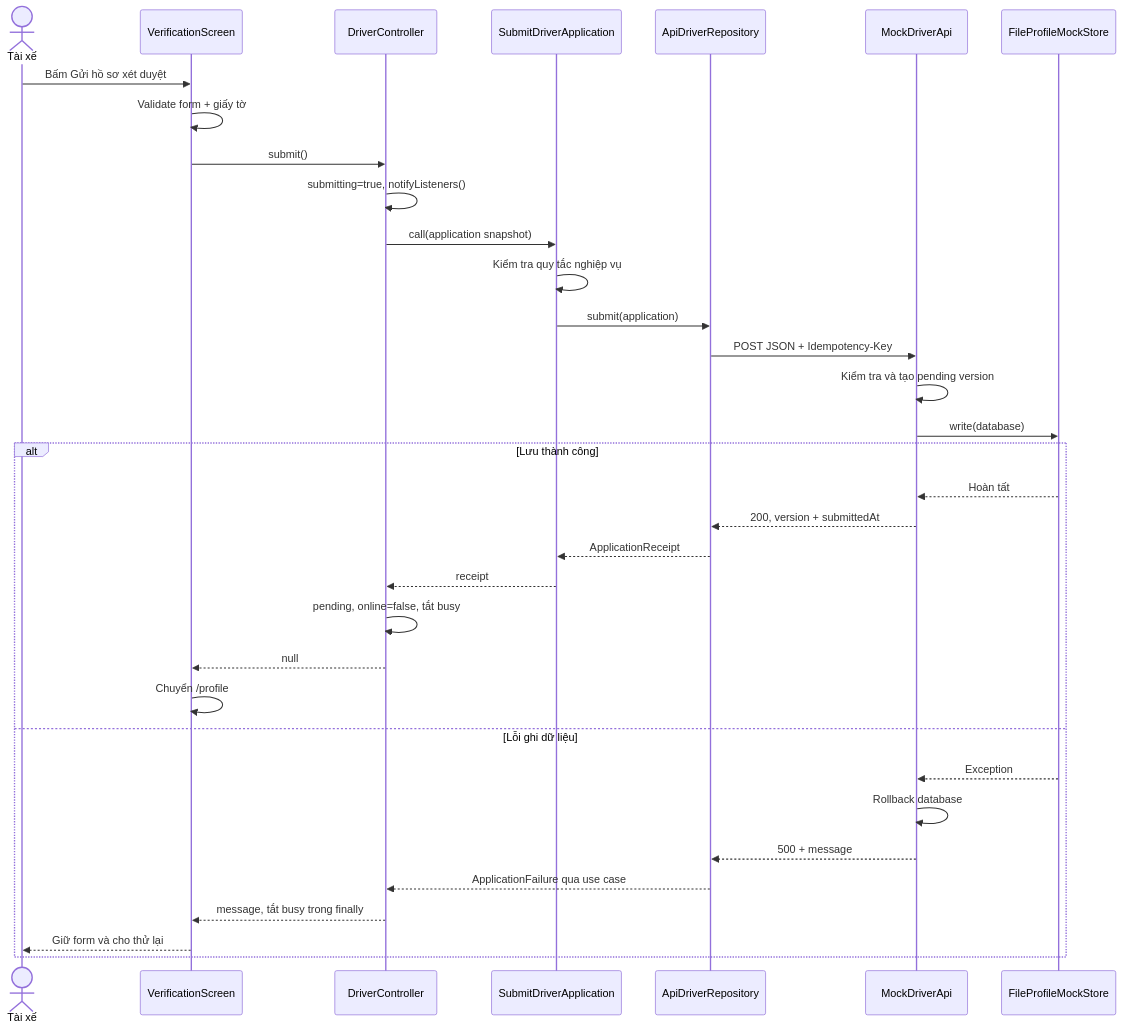
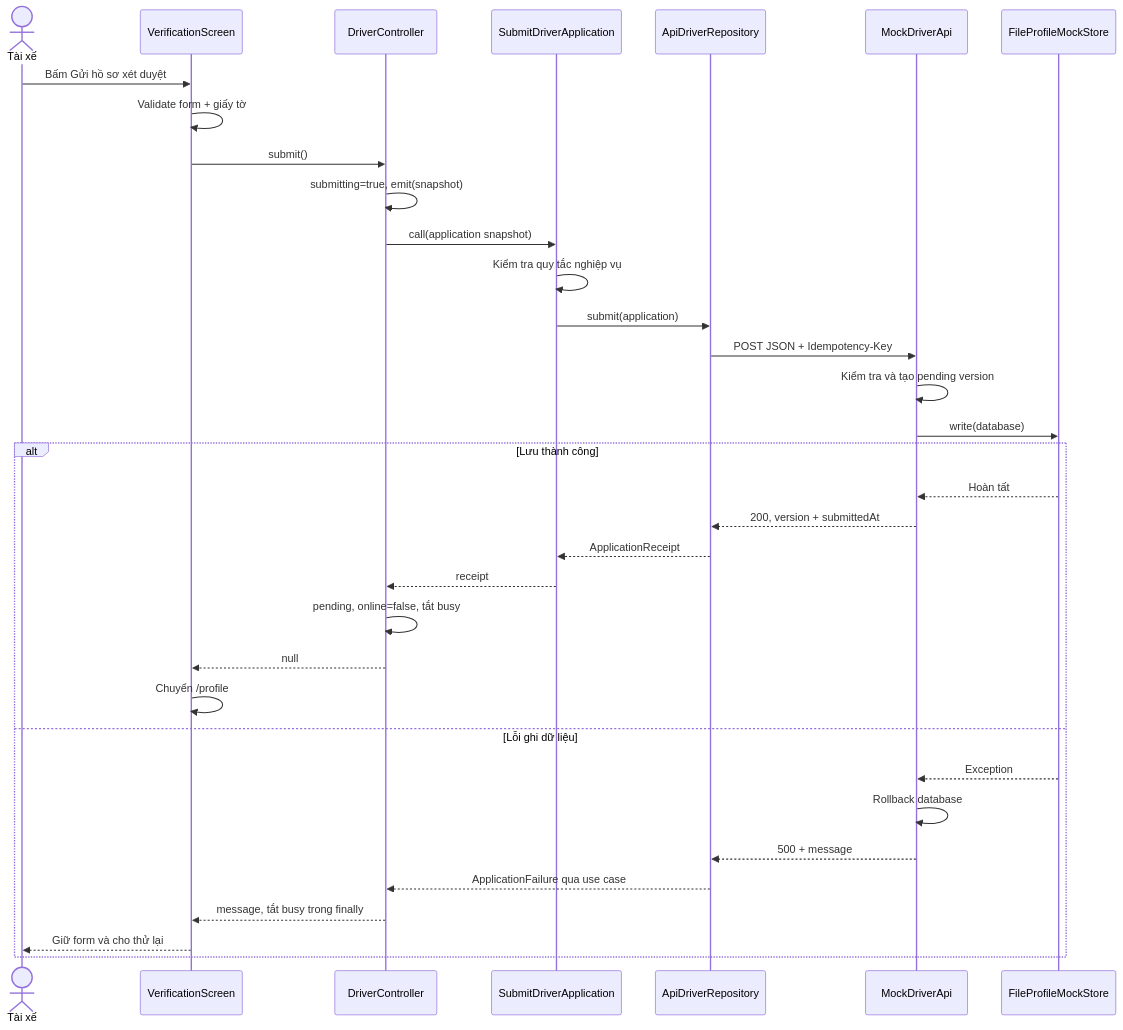
The second of 3 diagrams in docs/driver-profile-mock.md (hoangnm2111/ModMove-mobile), drawn with Mermaid before and after one commit. The commit also changed other lines of this file and 14 other files, not shown here.

````diff
--- a/docs/driver-profile-mock.md
+++ b/docs/driver-profile-mock.md
@@ -128,36 +128,36 @@
 ```mermaid
 sequenceDiagram
     actor D as Tài xế
     participant V as VerificationScreen
     participant C as DriverController
     participant U as SubmitDriverApplication
     participant R as ApiDriverRepository
     participant M as MockDriverApi
     participant F as FileProfileMockStore
     D->>V: Bấm Gửi hồ sơ xét duyệt
     V->>V: Validate form + giấy tờ
     V->>C: submit()
-    C->>C: submitting=true, notifyListeners()
+    C->>C: submitting=true, emit(snapshot)
     C->>U: call(application snapshot)
     U->>U: Kiểm tra quy tắc nghiệp vụ
     U->>R: submit(application)
     R->>M: POST JSON + Idempotency-Key
     M->>M: Kiểm tra và tạo pending version
     M->>F: write(database)
     alt Lưu thành công
       F-->>M: Hoàn tất
       M-->>R: 200, version + submittedAt
       R-->>U: ApplicationReceipt
       U-->>C: receipt
       C->>C: pending, online=false, tắt busy
       C-->>V: null
       V->>V: Chuyển /profile
     else Lỗi ghi dữ liệu
       F-->>M: Exception
       M->>M: Rollback database
       M-->>R: 500 + message
       R-->>C: ApplicationFailure qua use case
       C-->>V: message, tắt busy trong finally
       V-->>D: Giữ form và cho thử lại
     end
 ```
````
